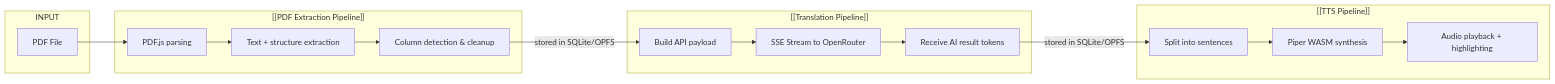
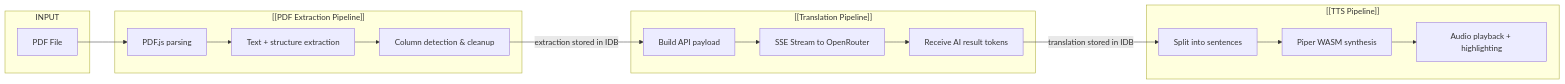
One commit to himanshusingh1212/doclens-ai changed the diagram in documentation/User Flows/End-to-End Pipeline.md. Above: the diagram before and after it, drawn with Mermaid. The commit also changed other lines of this file and 16 other files, not shown here.

````diff
--- a/documentation/User Flows/End-to-End Pipeline.md
+++ b/documentation/User Flows/End-to-End Pipeline.md
@@ -9,28 +9,28 @@
 ```mermaid
 flowchart LR
     subgraph INPUT
         A[PDF File]
     end
 
     subgraph EXTRACTION["[[PDF Extraction Pipeline]]"]
         B[PDF.js parsing]
         C[Text + structure extraction]
         D[Column detection & cleanup]
     end
 
     subgraph TRANSLATION["[[Translation Pipeline]]"]
         E[Build API payload]
         F[SSE Stream to OpenRouter]
         G[Receive AI result tokens]
     end
 
     subgraph TTS["[[TTS Pipeline]]"]
         H[Split into sentences]
         I[Piper WASM synthesis]
         J[Audio playback + highlighting]
     end
 
     A --> B --> C --> D
-    D -->|"stored in SQLite/OPFS"| E --> F --> G
-    G -->|"stored in SQLite/OPFS"| H --> I --> J
+    D -->|"extraction stored in IDB"| E --> F --> G
+    G -->|"translation stored in IDB"| H --> I --> J
 ```
````
